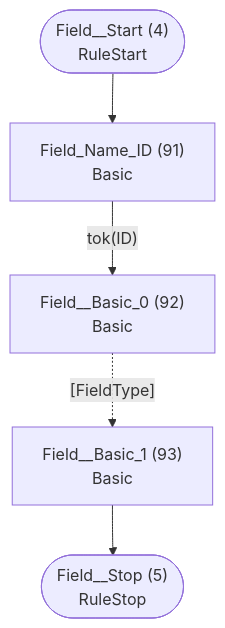
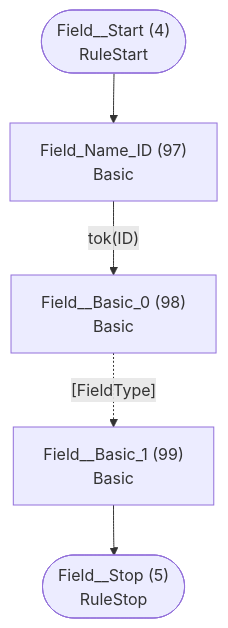
Before and after one commit to TypeFox/fastbelt: the third of 28 diagrams in internal/grammar/atn.md, drawn with Mermaid. The commit also changed other lines of this file and 8 other files, not shown here.

````diff
--- a/internal/grammar/atn.md
+++ b/internal/grammar/atn.md
@@ -112,13 +117,13 @@
 ```mermaid
 flowchart TD
     q4(["Field__Start (4)<br/>RuleStart"])
     q5(["Field__Stop (5)<br/>RuleStop"])
-    q91["Field_Name_ID (91)<br/>Basic<br/>"]
-    q92["Field__Basic_0 (92)<br/>Basic<br/>"]
-    q93["Field__Basic_1 (93)<br/>Basic<br/>"]
+    q97["Field_Name_ID (97)<br/>Basic<br/>"]
+    q98["Field__Basic_0 (98)<br/>Basic<br/>"]
+    q99["Field__Basic_1 (99)<br/>Basic<br/>"]
 
-    q4 --> q91
-    q91 -->|"tok(ID)"| q92
-    q92 -.->|"[FieldType]"| q93
-    q93 --> q5
+    q4 --> q97
+    q97 -->|"tok(ID)"| q98
+    q98 -.->|"[FieldType]"| q99
+    q99 --> q5
 ```
````
